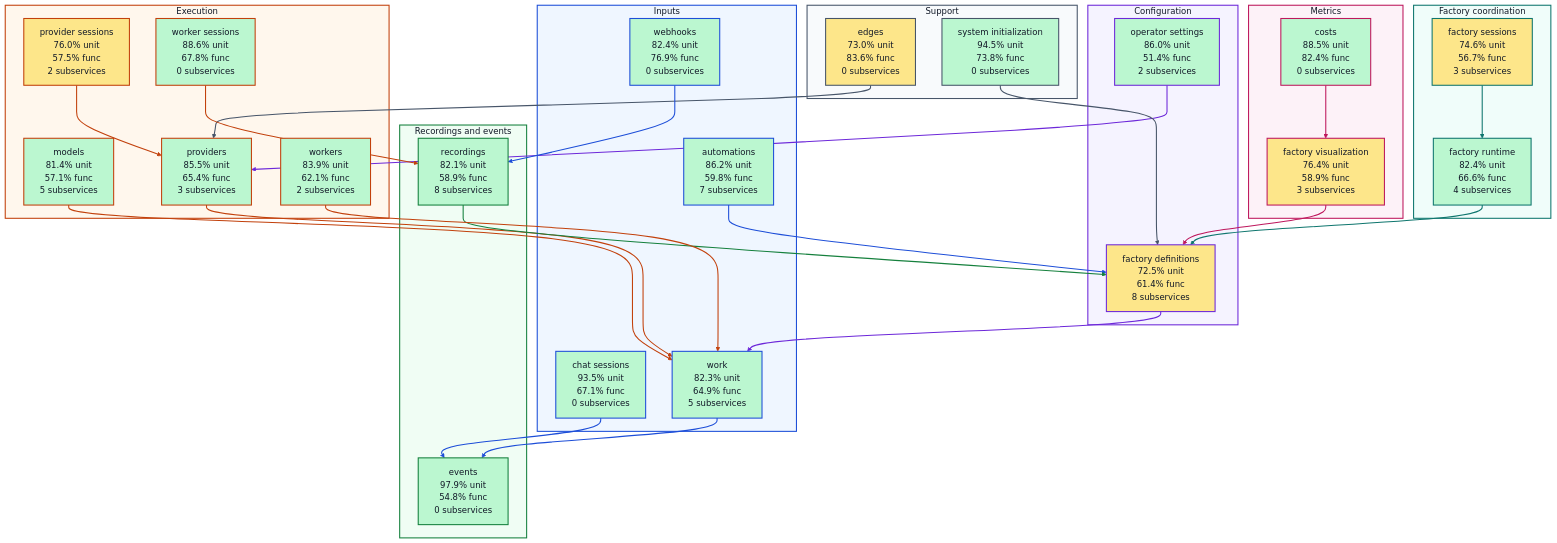
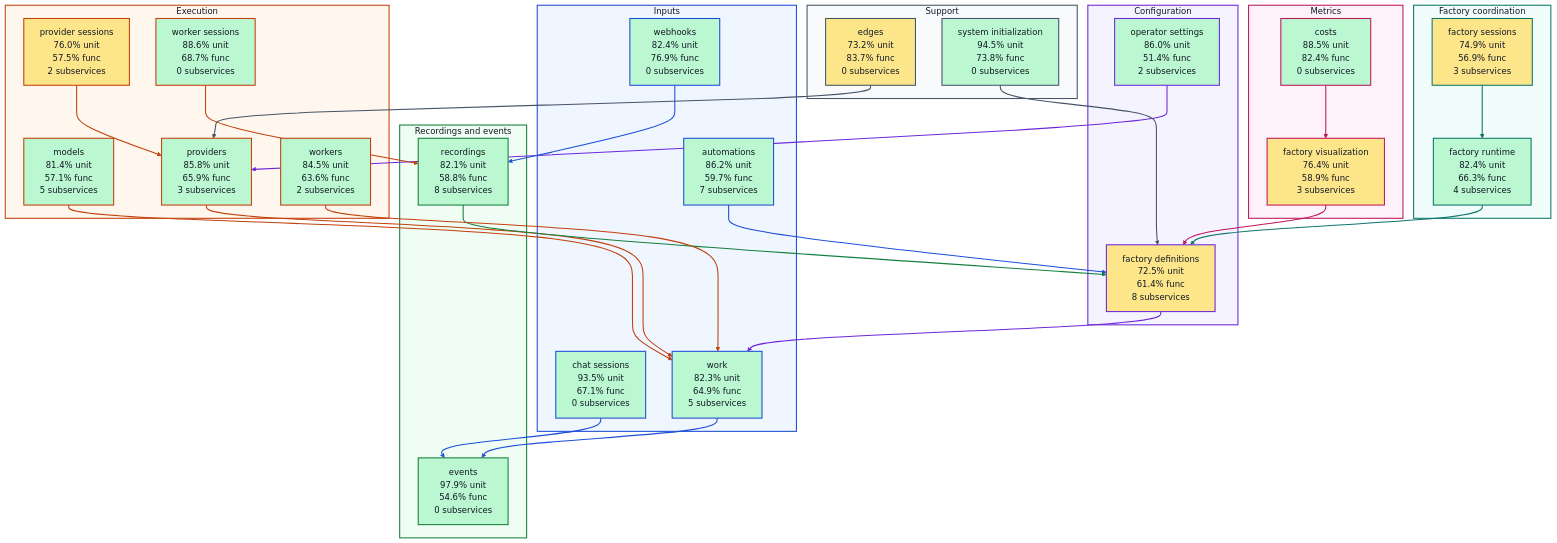
The diagram in docs/architecture/visualizations/high-level-test-coverage.md (portpowered/you-agent-factory), drawn with Mermaid before and after one commit. The commit also changed other lines of this file and 20 other files, not shown here.

Commit message:
docs: refresh backend architecture visualizations

````diff
--- a/docs/architecture/visualizations/high-level-test-coverage.md
+++ b/docs/architecture/visualizations/high-level-test-coverage.md
@@ -11,7 +11,7 @@
 ```mermaid
 flowchart TB
   subgraph input["Inputs"]
-    s_services_automations["automations<br/>86.2% unit<br/>59.8% func<br/>7 subservices"]
+    s_services_automations["automations<br/>86.2% unit<br/>59.7% func<br/>7 subservices"]
     s_services_chat_sessions["chat sessions<br/>93.5% unit<br/>67.1% func<br/>0 subservices"]
     s_services_webhooks["webhooks<br/>82.4% unit<br/>76.9% func<br/>0 subservices"]
     s_services_work["work<br/>82.3% unit<br/>64.9% func<br/>5 subservices"]
@@ -21,26 +21,26 @@
     s_services_operator_settings["operator settings<br/>86.0% unit<br/>51.4% func<br/>2 subservices"]
   end
   subgraph coordination["Factory coordination"]
-    s_services_factory_runtime["factory runtime<br/>82.4% unit<br/>66.6% func<br/>4 subservices"]
-    s_services_factory_sessions["factory sessions<br/>74.6% unit<br/>56.7% func<br/>3 subservices"]
+    s_services_factory_runtime["factory runtime<br/>82.4% unit<br/>66.3% func<br/>4 subservices"]
+    s_services_factory_sessions["factory sessions<br/>74.9% unit<br/>56.9% func<br/>3 subservices"]
   end
   subgraph execution["Execution"]
     s_services_models["models<br/>81.4% unit<br/>57.1% func<br/>5 subservices"]
     s_services_provider_sessions["provider sessions<br/>76.0% unit<br/>57.5% func<br/>2 subservices"]
-    s_services_providers["providers<br/>85.5% unit<br/>65.4% func<br/>3 subservices"]
-    s_services_worker_sessions["worker sessions<br/>88.6% unit<br/>67.8% func<br/>0 subservices"]
-    s_services_workers["workers<br/>83.9% unit<br/>62.1% func<br/>2 subservices"]
+    s_services_providers["providers<br/>85.8% unit<br/>65.9% func<br/>3 subservices"]
+    s_services_worker_sessions["worker sessions<br/>88.6% unit<br/>68.7% func<br/>0 subservices"]
+    s_services_workers["workers<br/>84.5% unit<br/>63.6% func<br/>2 subservices"]
   end
   subgraph recordings["Recordings and events"]
-    s_services_events["events<br/>97.9% unit<br/>54.8% func<br/>0 subservices"]
-    s_services_recordings["recordings<br/>82.1% unit<br/>58.9% func<br/>8 subservices"]
+    s_services_events["events<br/>97.9% unit<br/>54.6% func<br/>0 subservices"]
+    s_services_recordings["recordings<br/>82.1% unit<br/>58.8% func<br/>8 subservices"]
   end
   subgraph metrics["Metrics"]
     s_services_costs["costs<br/>88.5% unit<br/>82.4% func<br/>0 subservices"]
     s_services_factory_visualization["factory visualization<br/>76.4% unit<br/>58.9% func<br/>3 subservices"]
   end
   subgraph support["Support"]
-    s_services_edges["edges<br/>73.0% unit<br/>83.6% func<br/>0 subservices"]
+    s_services_edges["edges<br/>73.2% unit<br/>83.7% func<br/>0 subservices"]
     s_services_system_initialization["system initialization<br/>94.5% unit<br/>73.8% func<br/>0 subservices"]
   end
   s_services_automations --> s_services_factory_definitions
````
